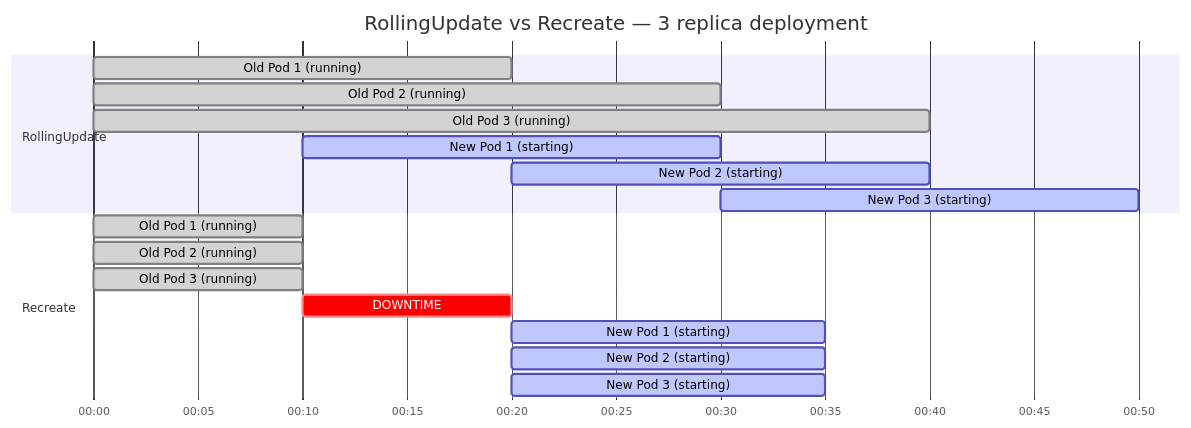
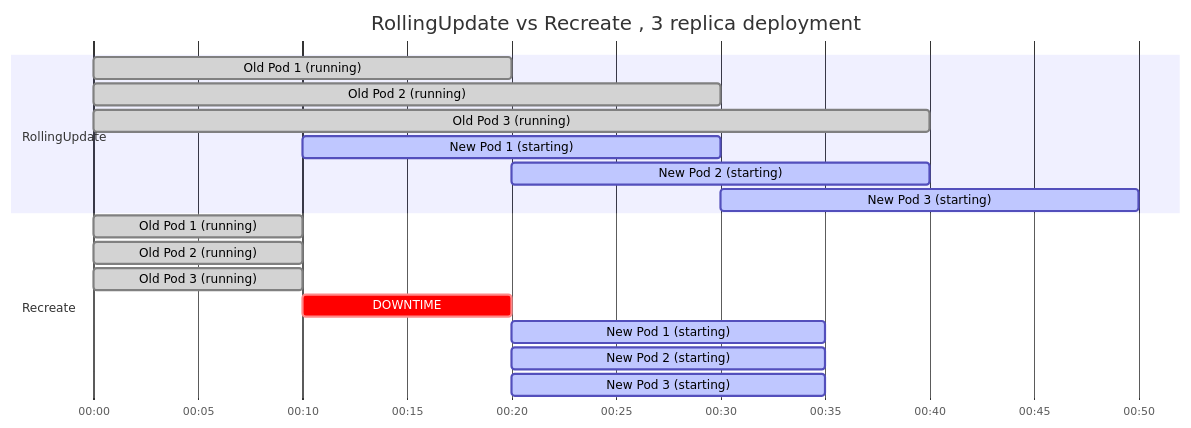
One commit to Antoine-Flo/kube-mastery changed the diagram in src/courses/modules/deployments/05-update-strategies/en/content.md. Above: the diagram before and after it, drawn with Mermaid. The commit also changed other lines of this file and 185 other files, not shown here.

````diff
--- a/src/courses/modules/deployments/05-update-strategies/en/content.md
+++ b/src/courses/modules/deployments/05-update-strategies/en/content.md
@@ -79,23 +79,23 @@
 ```mermaid
 gantt
-    title RollingUpdate vs Recreate — 3 replica deployment
+    title RollingUpdate vs Recreate , 3 replica deployment
     dateFormat  mm:ss
     axisFormat  %M:%S
 
     section RollingUpdate
     Old Pod 1 (running)   :done,    r1, 00:00, 00:20
     Old Pod 2 (running)   :done,    r2, 00:00, 00:30
     Old Pod 3 (running)   :done,    r3, 00:00, 00:40
     New Pod 1 (starting)  :active,  n1, 00:10, 00:30
     New Pod 2 (starting)  :active,  n2, 00:20, 00:40
     New Pod 3 (starting)  :active,  n3, 00:30, 00:50
 
     section Recreate
     Old Pod 1 (running)   :done,    c1, 00:00, 00:10
     Old Pod 2 (running)   :done,    c2, 00:00, 00:10
     Old Pod 3 (running)   :done,    c3, 00:00, 00:10
     DOWNTIME              :crit,    dw, 00:10, 00:20
     New Pod 1 (starting)  :active,  cn1, 00:20, 00:35
     New Pod 2 (starting)  :active,  cn2, 00:20, 00:35
     New Pod 3 (starting)  :active,  cn3, 00:20, 00:35
 ```
````
